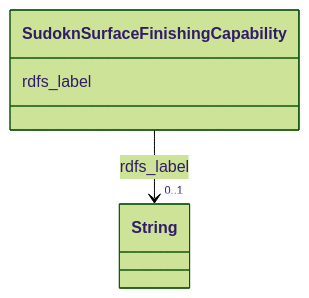
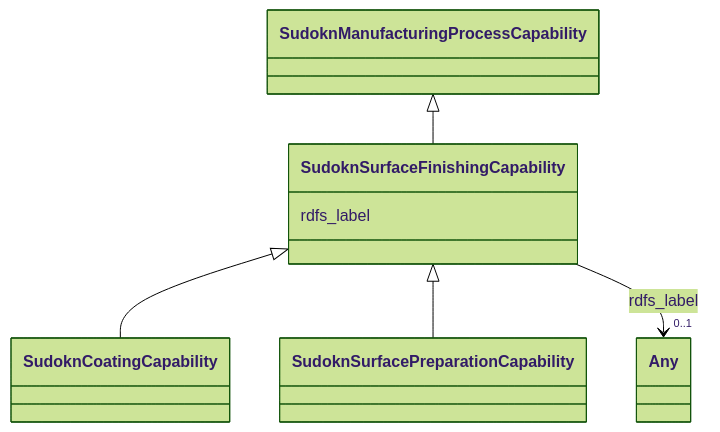
The diagram in sudokn-kg/classes/SudoknSurfaceFinishingCapability.md (frink-okn/graph-descriptions), drawn with Mermaid (forest theme) before and after one commit. The commit also changed other lines of this file and 903 other files, not shown here.

````diff
--- a/sudokn-kg/classes/SudoknSurfaceFinishingCapability.md
+++ b/sudokn-kg/classes/SudoknSurfaceFinishingCapability.md
@@ -23,15 +18,25 @@
 ```mermaid
  classDiagram
     class SudoknSurfaceFinishingCapability
     click SudoknSurfaceFinishingCapability href "../SudoknSurfaceFinishingCapability"
+      SudoknManufacturingProcessCapability <|-- SudoknSurfaceFinishingCapability
+        click SudoknManufacturingProcessCapability href "../SudoknManufacturingProcessCapability"
+      
+
+      SudoknSurfaceFinishingCapability <|-- SudoknCoatingCapability
+        click SudoknCoatingCapability href "../SudoknCoatingCapability"
+      SudoknSurfaceFinishingCapability <|-- SudoknSurfacePreparationCapability
+        click SudoknSurfacePreparationCapability href "../SudoknSurfacePreparationCapability"
+      
+      
       SudoknSurfaceFinishingCapability : rdfs_label
         
           
     
     
-    SudoknSurfaceFinishingCapability --> "0..1" String : rdfs_label
-    click String href "../String"
+    SudoknSurfaceFinishingCapability --> "0..1" Any : rdfs_label
+    click Any href "../Any"
 
         
       
 ```
````
